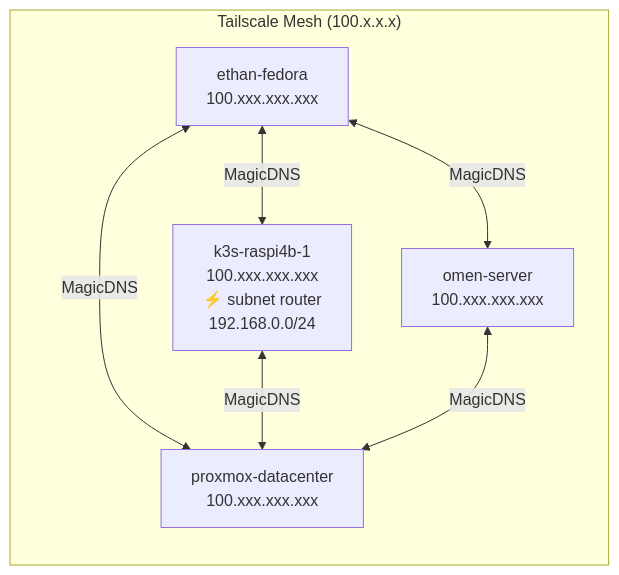
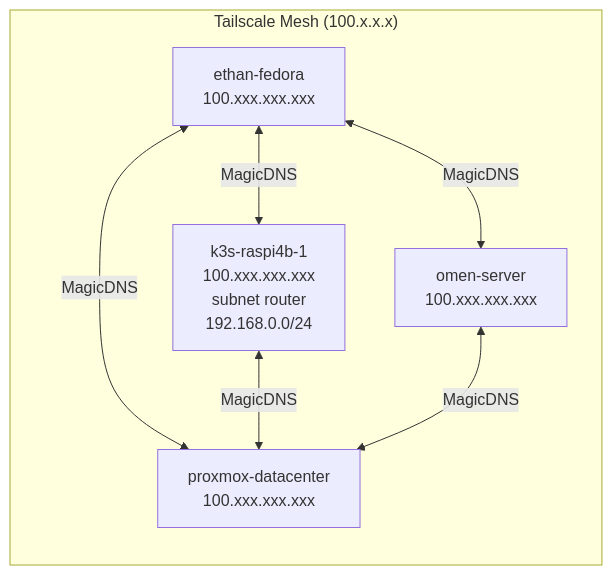
One commit to EAHowes/proxmox-data-center changed the second of 3 diagrams in docs/network/topology.md. Above: the diagram before and after it, drawn with Mermaid.

Commit message:
documentation: typo

````diff
--- a/docs/network/topology.md
+++ b/docs/network/topology.md
@@ -53,24 +53,24 @@
 ```mermaid
 graph LR
     subgraph tailscale["Tailscale Mesh (100.x.x.x)"]
         proxmox["proxmox-datacenter
         100.xxx.xxx.xxx"]
 
         fedora["ethan-fedora
         100.xxx.xxx.xxx"]
 
         raspi["k3s-raspi4b-1
         100.xxx.xxx.xxx
-        ⚡ subnet router
+        subnet router
         192.168.0.0/24"]
 
         omen["omen-server
         100.xxx.xxx.xxx"]
     end
 
     fedora <-->|MagicDNS| proxmox
     raspi <-->|MagicDNS| proxmox
     omen <-->|MagicDNS| proxmox
     fedora <-->|MagicDNS| raspi
     fedora <-->|MagicDNS| omen
 ```
````
